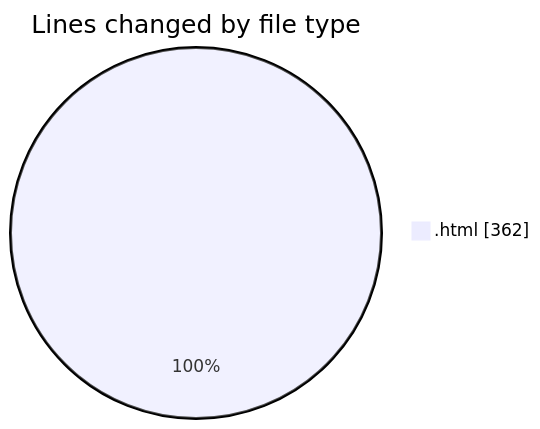
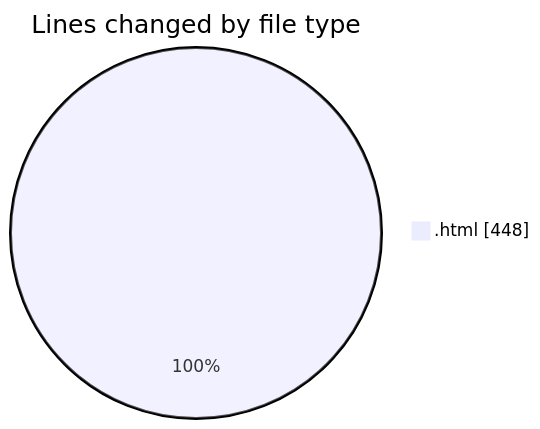
Before and after one commit to Ritupan-Deka/code-tracking: the first of 2 diagrams in 2025-05-03/realtimecollaborativeapp/README.md, drawn with Mermaid. The commit also changed other lines of this file and 1 other file, not shown here.

````diff
--- a/2025-05-03/realtimecollaborativeapp/README.md
+++ b/2025-05-03/realtimecollaborativeapp/README.md
@@ -20,5 +20,5 @@
 ```mermaid
 pie showData
 title Lines changed by file type
-".html" : 362
+".html" : 448
 ```
````
